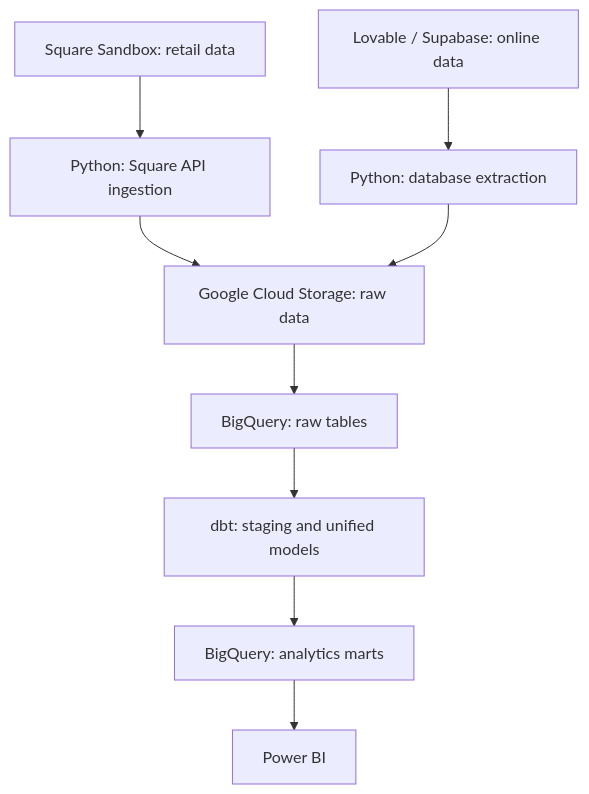
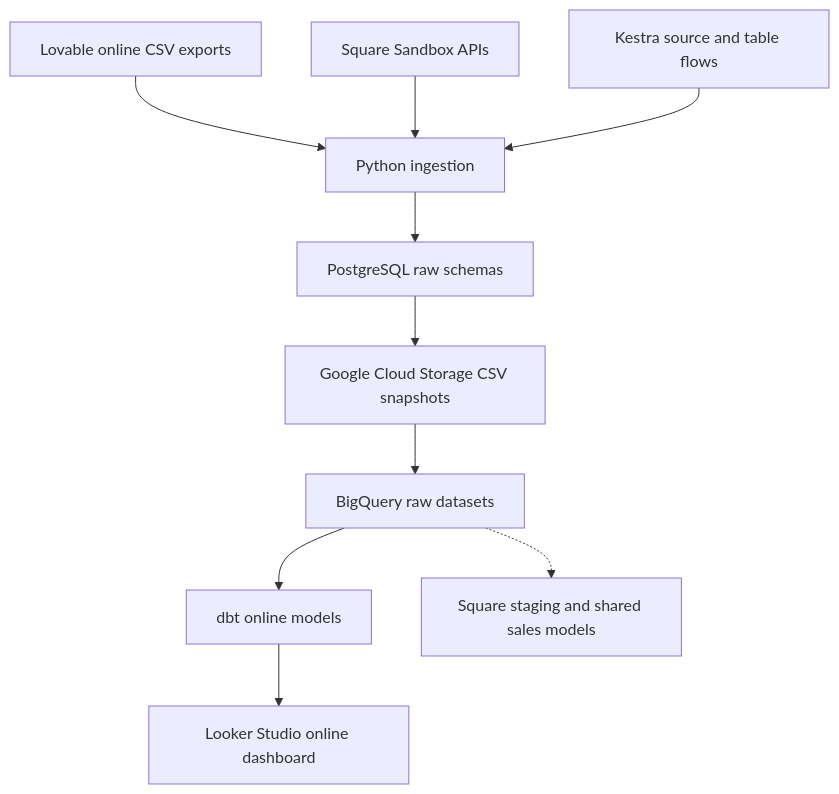
The diagram in README.md (smmhk/chocolate-commerce-data-platform), drawn with Mermaid before and after one commit. The commit also changed other lines of this file and 2 other files, not shown here.

````diff
--- a/README.md
+++ b/README.md
@@ -123,11 +16,12 @@
 ```mermaid
 flowchart TD
-    A["Square Sandbox: retail data"] --> C["Python: Square API ingestion"]
-    B["Lovable / Supabase: online data"] --> D["Python: database extraction"]
-    C --> E["Google Cloud Storage: raw data"]
-    D --> E
-    E --> F["BigQuery: raw tables"]
-    F --> G["dbt: staging and unified models"]
-    G --> H["BigQuery: analytics marts"]
-    H --> I["Power BI"]
+    A["Lovable online CSV exports"] --> C["Python ingestion"]
+    B["Square Sandbox APIs"] --> C
+    K["Kestra source and table flows"] --> C
+    C --> D["PostgreSQL raw schemas"]
+    D --> E["Google Cloud Storage CSV snapshots"]
+    E --> F["BigQuery raw datasets"]
+    F --> G["dbt online models"]
+    G --> H["Looker Studio online dashboard"]
+    F -.-> I["Square staging and shared sales models"]
 ```
````
